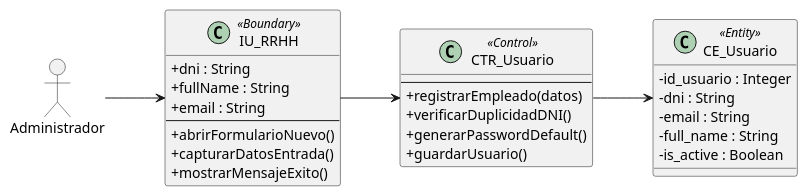
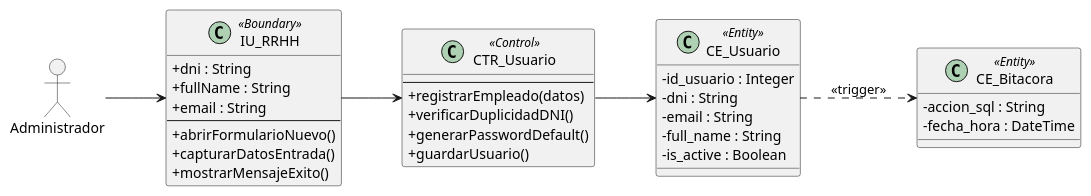
One commit to INGvainilla/grulacOFICIAL changed diagram 34 of 42 in PROYECTO-MAIN/oficial/OFICIAL.md. Above: the diagram before and after it, drawn with PlantUML. The commit also changed other lines of this file and 17 other files, not shown here.

````diff
--- a/PROYECTO-MAIN/oficial/OFICIAL.md
+++ b/PROYECTO-MAIN/oficial/OFICIAL.md
@@ -2484,39 +2662,45 @@
 ```plantuml
 @startuml DClases_CU03
 allowmixing
 left to right direction
 skinparam classAttributeIconSize 0
 skinparam backgroundColor transparent
 actor "Administrador" as Actor
 
 class "IU_RRHH" as IU <<Boundary>> {
   + dni : String
   + fullName : String
   + email : String
   --
   + abrirFormularioNuevo()
   + capturarDatosEntrada()
   + mostrarMensajeExito()
 }
 
 class "CTR_Usuario" as CTR <<Control>> {
   --
   + registrarEmpleado(datos)
   + verificarDuplicidadDNI()
   + generarPasswordDefault()
   + guardarUsuario()
 }
 
 class "CE_Usuario" as ENT <<Entity>> {
   - id_usuario : Integer
   - dni : String
   - email : String
   - full_name : String
   - is_active : Boolean
 }
 
+class "CE_Bitacora" as ENT2 <<Entity>> {
+  - accion_sql : String
+  - fecha_hora : DateTime
+}
+
 Actor --> IU
 IU --> CTR
 CTR --> ENT
+ENT ..> ENT2 : <<trigger>>
 @enduml
 ```
````
